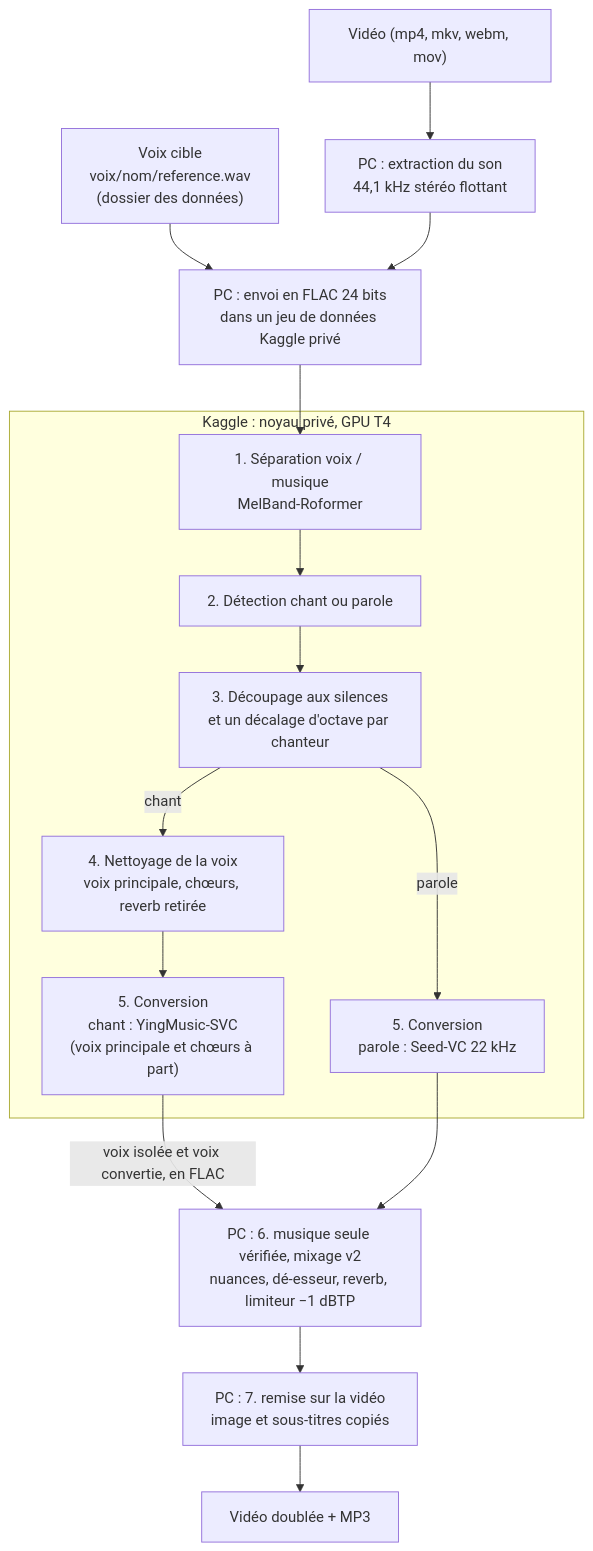
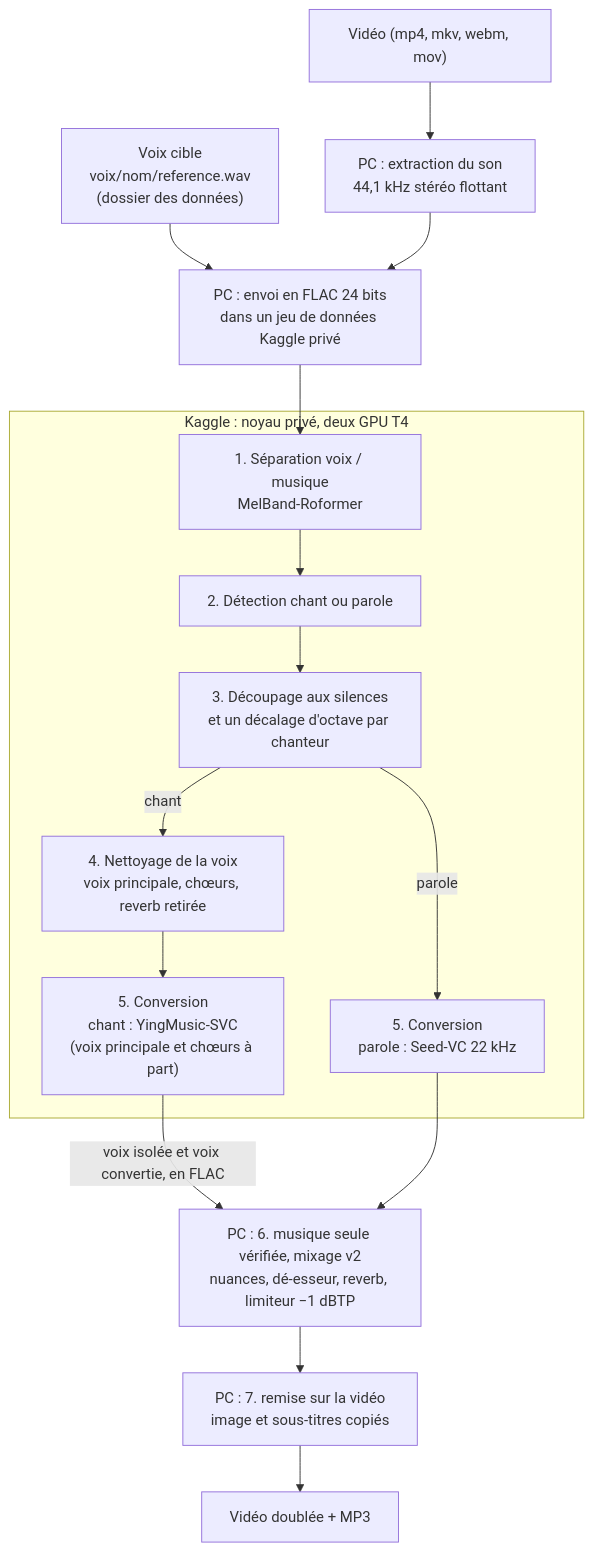
Before and after one commit to mawena/Voix-la: the diagram in README.md, drawn with Mermaid. The commit also changed other lines of this file and 1 other file, not shown here.

Commit message:
docs: deux GPU T4 dans le README et le CHANGELOG

````diff
--- a/README.md
+++ b/README.md
@@ -44,18 +44,18 @@
 ```mermaid
 flowchart TD
     V["Vidéo (mp4, mkv, webm, mov)"] --> X["PC : extraction du son<br/>44,1 kHz stéréo flottant"]
     R["Voix cible<br/>voix/nom/reference.wav<br/>(dossier des données)"] --> J
     X --> J["PC : envoi en FLAC 24 bits<br/>dans un jeu de données Kaggle privé"]
     J --> S
-    subgraph K["Kaggle : noyau privé, GPU T4"]
+    subgraph K["Kaggle : noyau privé, deux GPU T4"]
         S["1. Séparation voix / musique<br/>MelBand-Roformer"] --> M["2. Détection chant ou parole"]
         M --> O["3. Découpage aux silences<br/>et un décalage d'octave par chanteur"]
         O -->|chant| N["4. Nettoyage de la voix<br/>voix principale, chœurs, reverb retirée"]
         N --> C["5. Conversion<br/>chant : YingMusic-SVC<br/>(voix principale et chœurs à part)"]
         O -->|parole| P["5. Conversion<br/>parole : Seed-VC 22 kHz"]
     end
     C -->|"voix isolée et voix convertie, en FLAC"| MIX["PC : 6. musique seule vérifiée, mixage v2<br/>nuances, dé-esseur, reverb, limiteur −1 dBTP"]
     P --> MIX
     MIX --> F["PC : 7. remise sur la vidéo<br/>image et sous-titres copiés"]
     F --> OUT["Vidéo doublée + MP3"]
 ```
````
